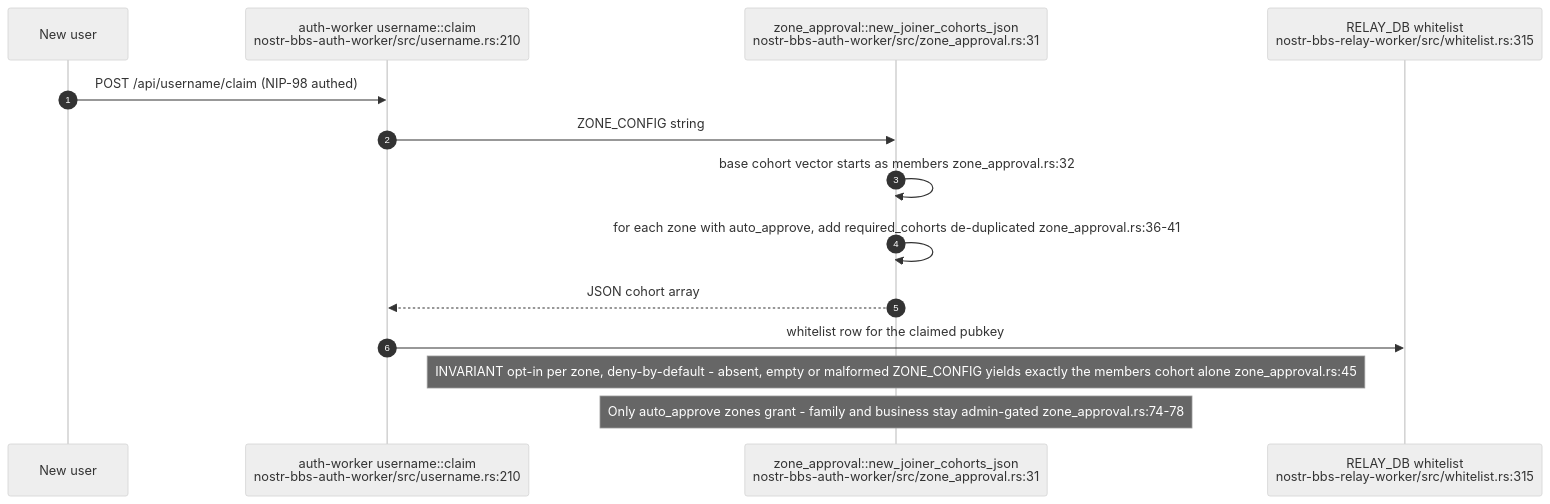
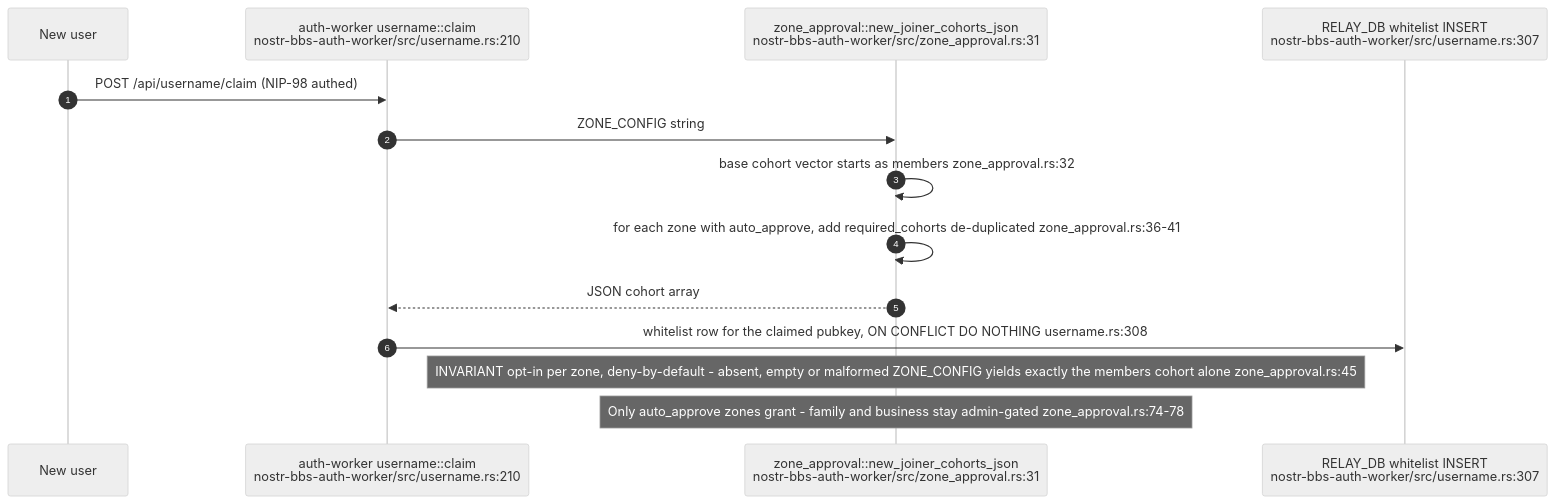
Before and after one commit to DreamLab-AI/VisionFlow: the third of 9 diagrams in docs/diagrams/nostr-rust-forum/08-config-zones-stores-and-admin-authority.md, drawn with Mermaid (neutral theme). The commit also changed other lines of this file and 31 other files, not shown here.

````diff
--- a/docs/diagrams/nostr-rust-forum/08-config-zones-stores-and-admin-authority.md
+++ b/docs/diagrams/nostr-rust-forum/08-config-zones-stores-and-admin-authority.md
@@ -96,18 +98,18 @@
 ```mermaid
 sequenceDiagram
     autonumber
     participant U as New user
     participant AW as auth-worker username::claim<br/>nostr-bbs-auth-worker/src/username.rs:210
     participant ZA as zone_approval::new_joiner_cohorts_json<br/>nostr-bbs-auth-worker/src/zone_approval.rs:31
-    participant D1 as RELAY_DB whitelist<br/>nostr-bbs-relay-worker/src/whitelist.rs:315
+    participant D1 as RELAY_DB whitelist INSERT<br/>nostr-bbs-auth-worker/src/username.rs:307
 
     U->>AW: POST /api/username/claim (NIP-98 authed)
     AW->>ZA: ZONE_CONFIG string
     ZA->>ZA: base cohort vector starts as members zone_approval.rs:32
     ZA->>ZA: for each zone with auto_approve, add required_cohorts de-duplicated zone_approval.rs:36-41
     ZA-->>AW: JSON cohort array
-    AW->>D1: whitelist row for the claimed pubkey
+    AW->>D1: whitelist row for the claimed pubkey, ON CONFLICT DO NOTHING username.rs:308
 
     Note over ZA: INVARIANT opt-in per zone, deny-by-default - absent, empty or malformed ZONE_CONFIG yields exactly the members cohort alone zone_approval.rs:45
     Note over ZA: Only auto_approve zones grant - family and business stay admin-gated zone_approval.rs:74-78
 ```
````
